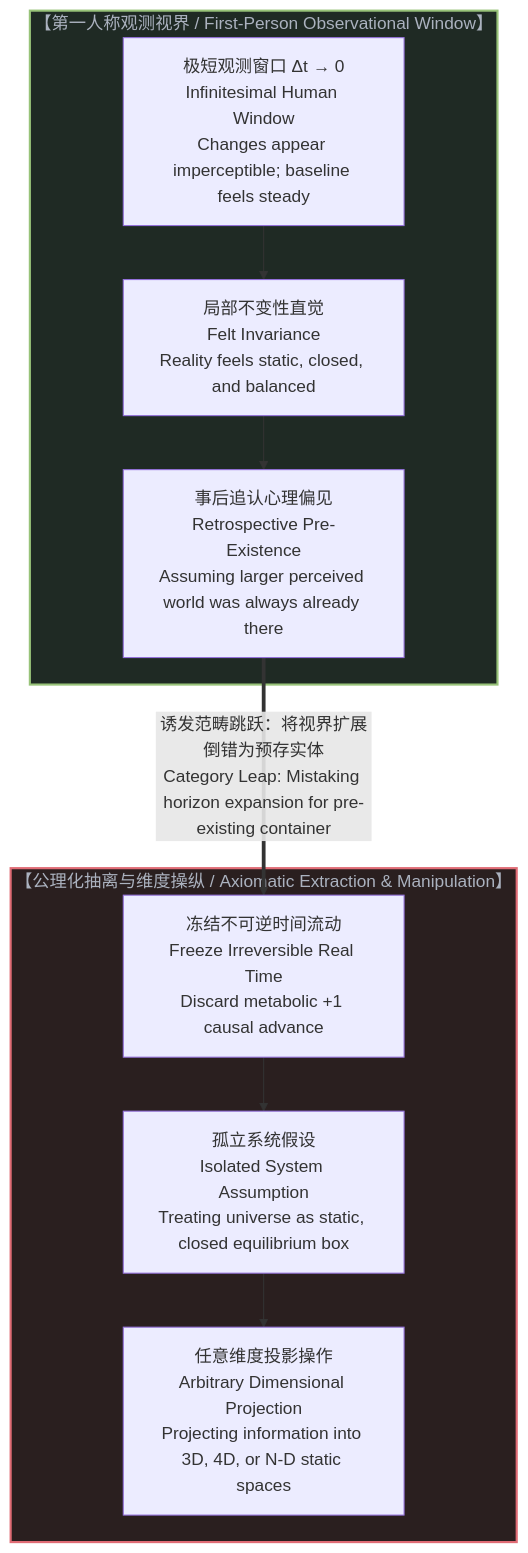
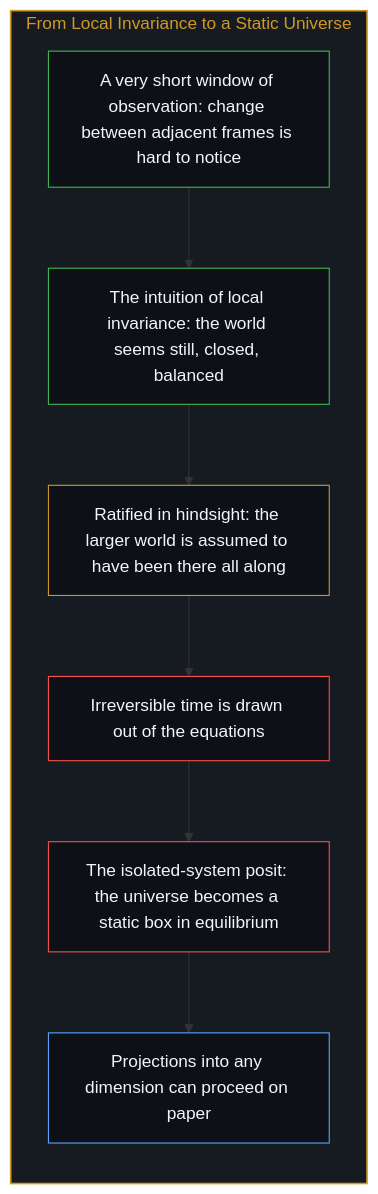
Before and after one commit to powerpig99/not-a-toe: the second of 12 diagrams in content/posts/the-black-and-white-sample-frame-and-the-extrapolated-universe.md, drawn with Mermaid. The commit also changed other lines of this file and 2 other files, not shown here.

Commit message:
Refine the-black-and-white-sample-frame: alternating bilingual layout, six paired diagrams, constants as readings, implicit first person

````diff
--- a/content/posts/the-black-and-white-sample-frame-and-the-extrapolated-universe.md
+++ b/content/posts/the-black-and-white-sample-frame-and-the-extrapolated-universe.md
@@ -21,23 +49,25 @@
 ```mermaid
-graph TD
-    subgraph NaturalPerception["【第一人称观测视界 / First-Person Observational Window】"]
-        DeltaT["极短观测窗口 Δt → 0<br>Infinitesimal Human Window<br>Changes appear imperceptible; baseline feels steady"]
-        FeltInvariance["局部不变性直觉<br>Felt Invariance<br>Reality feels static, closed, and balanced"]
-        PsychologicalProjection["事后追认心理偏见<br>Retrospective Pre-Existence<br>Assuming larger perceived world was always already there"]
-        DeltaT --> FeltInvariance
-        FeltInvariance --> PsychologicalProjection
+flowchart TD
+    subgraph S_Pull["From Local Invariance to a Static Universe"]
+        direction TB
+        Window["A very short window of observation: change between adjacent frames is hard to notice"]
+        Felt["The intuition of local invariance: the world seems still, closed, balanced"]
+        Always["Ratified in hindsight: the larger world is assumed to have been there all along"]
+        Remove["Irreversible time is drawn out of the equations"]
+        Box["The isolated-system posit: the universe becomes a static box in equilibrium"]
+        Project["Projections into any dimension can proceed on paper"]
+        Window --> Felt
+        Felt --> Always
+        Always --> Remove
+        Remove --> Box
+        Box --> Project
     end
 
-    subgraph MathematicalAbstraction["【公理化抽离与维度操纵 / Axiomatic Extraction & Manipulation】"]
-        FreezeTime["冻结不可逆时间流动<br>Freeze Irreversible Real Time<br>Discard metabolic +1 causal advance"]
-        IsolatedAssumption["孤立系统假设<br>Isolated System Assumption<br>Treating universe as static, closed equilibrium box"]
-        DimensionalExtrusion["任意维度投影操作<br>Arbitrary Dimensional Projection<br>Projecting information into 3D, 4D, or N-D static spaces"]
-        FreezeTime --> IsolatedAssumption
-        IsolatedAssumption --> DimensionalExtrusion
-    end
-
-    PsychologicalProjection ==>|"诱发范畴跳跃：将视界扩展倒错为预存实体<br>Category Leap: Mistaking horizon expansion for pre-existing container"| FreezeTime
-
-    style NaturalPerception fill:#1f2a24,stroke:#98c379,stroke-width:2px,color:#abb2bf
-    style MathematicalAbstraction fill:#2a1f1f,stroke:#e06c75,stroke-width:2px,color:#abb2bf
+    style S_Pull fill:#161b22,stroke:#d29922,stroke-width:1.5px,color:#d29922
+    style Window fill:#0d1117,stroke:#3fb950,stroke-width:1px,color:#f0f6fc
+    style Felt fill:#0d1117,stroke:#3fb950,stroke-width:1px,color:#f0f6fc
+    style Always fill:#0d1117,stroke:#d29922,stroke-width:1px,color:#f0f6fc
+    style Remove fill:#0d1117,stroke:#f85149,stroke-width:1px,color:#f0f6fc
+    style Box fill:#0d1117,stroke:#f85149,stroke-width:1px,color:#f0f6fc
+    style Project fill:#0d1117,stroke:#58a6ff,stroke-width:1px,color:#f0f6fc
 ```
````
